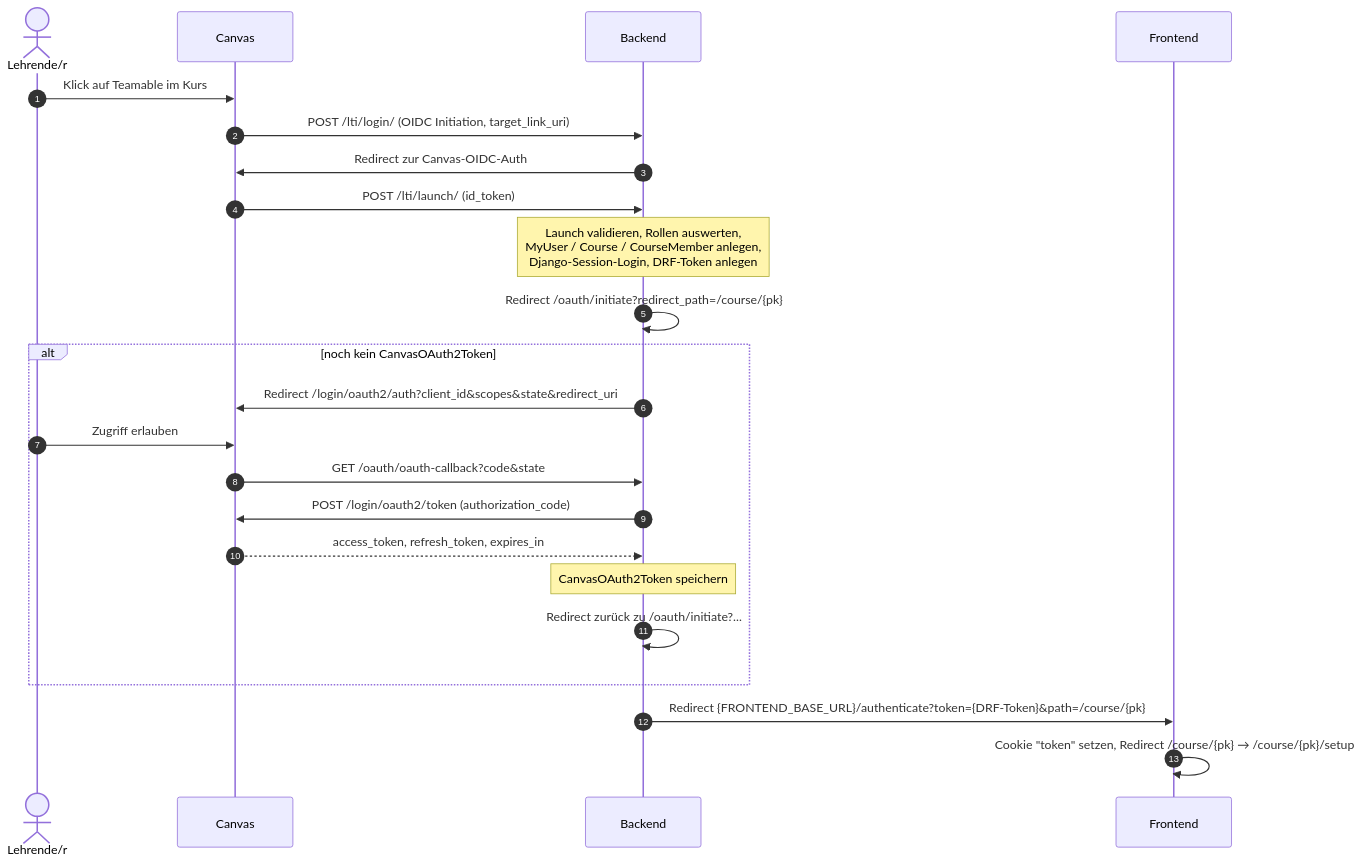
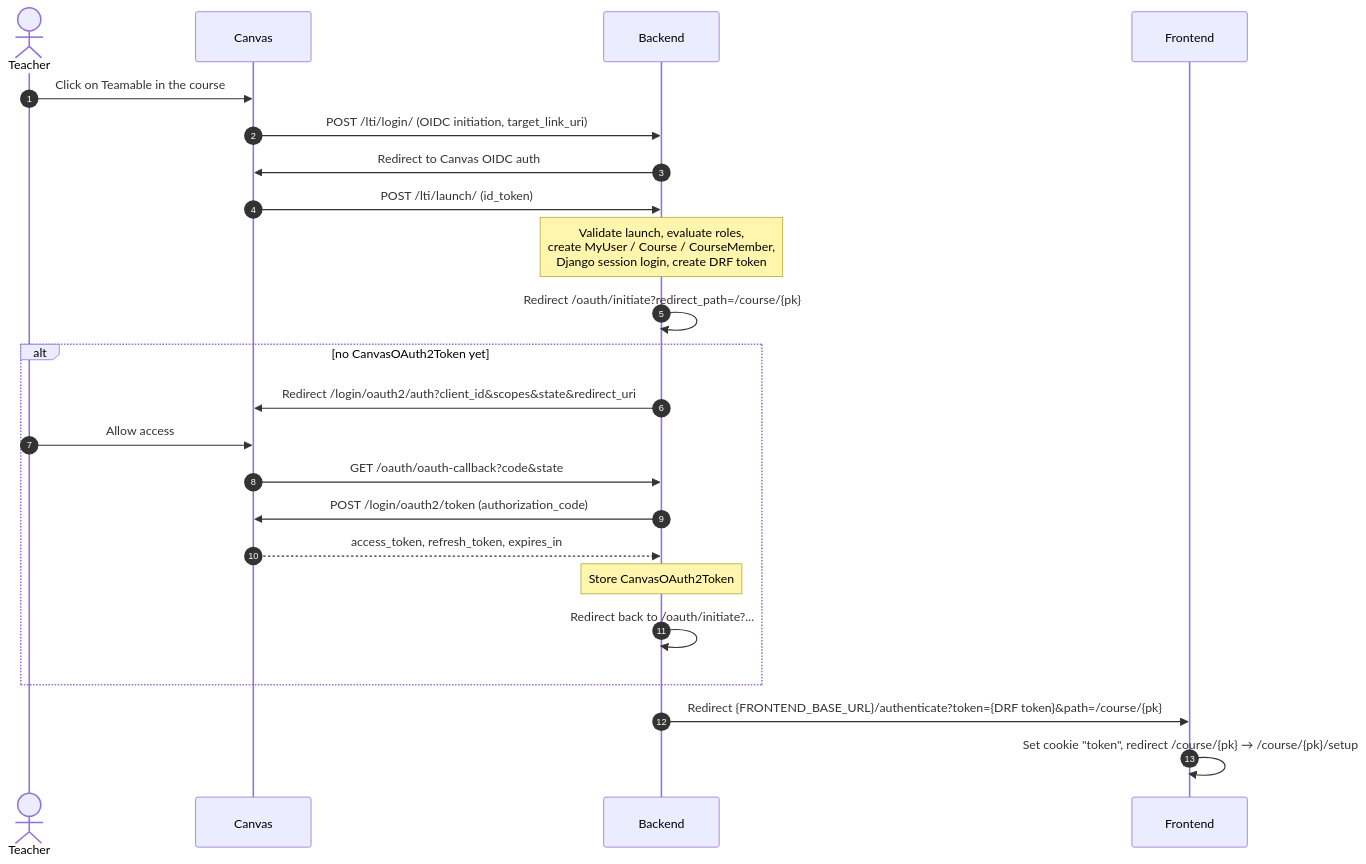
One commit to Teamprojekt-MSI-BIT-SS26/documentation changed the second of 3 diagrams in docs/current-state/backend-lms-integration.md. Above: the diagram before and after it, drawn with Mermaid. The commit also changed other lines of this file and 1 other file, not shown here.

````diff
--- a/docs/current-state/backend-lms-integration.md
+++ b/docs/current-state/backend-lms-integration.md
@@ -115,26 +115,26 @@
 ```mermaid
 sequenceDiagram
     autonumber
-    actor L as Lehrende/r
+    actor L as Teacher
     participant C as Canvas
     participant B as Backend
     participant F as Frontend
 
-    L->>C: Klick auf Teamable im Kurs
-    C->>B: POST /lti/login/ (OIDC Initiation, target_link_uri)
-    B->>C: Redirect zur Canvas-OIDC-Auth
+    L->>C: Click on Teamable in the course
+    C->>B: POST /lti/login/ (OIDC initiation, target_link_uri)
+    B->>C: Redirect to Canvas OIDC auth
     C->>B: POST /lti/launch/ (id_token)
-    Note over B: Launch validieren, Rollen auswerten,<br/>MyUser / Course / CourseMember anlegen,<br/>Django-Session-Login, DRF-Token anlegen
+    Note over B: Validate launch, evaluate roles,<br/>create MyUser / Course / CourseMember,<br/>Django session login, create DRF token
     B->>B: Redirect /oauth/initiate?redirect_path=/course/{pk}
-    alt noch kein CanvasOAuth2Token
+    alt no CanvasOAuth2Token yet
         B->>C: Redirect /login/oauth2/auth?client_id&scopes&state&redirect_uri
-        L->>C: Zugriff erlauben
+        L->>C: Allow access
         C->>B: GET /oauth/oauth-callback?code&state
         B->>C: POST /login/oauth2/token (authorization_code)
         C-->>B: access_token, refresh_token, expires_in
-        Note over B: CanvasOAuth2Token speichern
-        B->>B: Redirect zurück zu /oauth/initiate?...
+        Note over B: Store CanvasOAuth2Token
+        B->>B: Redirect back to /oauth/initiate?...
     end
-    B->>F: Redirect {FRONTEND_BASE_URL}/authenticate?token={DRF-Token}&path=/course/{pk}
-    F->>F: Cookie "token" setzen, Redirect /course/{pk} → /course/{pk}/setup
+    B->>F: Redirect {FRONTEND_BASE_URL}/authenticate?token={DRF token}&path=/course/{pk}
+    F->>F: Set cookie "token", redirect /course/{pk} → /course/{pk}/setup
 ```
````
